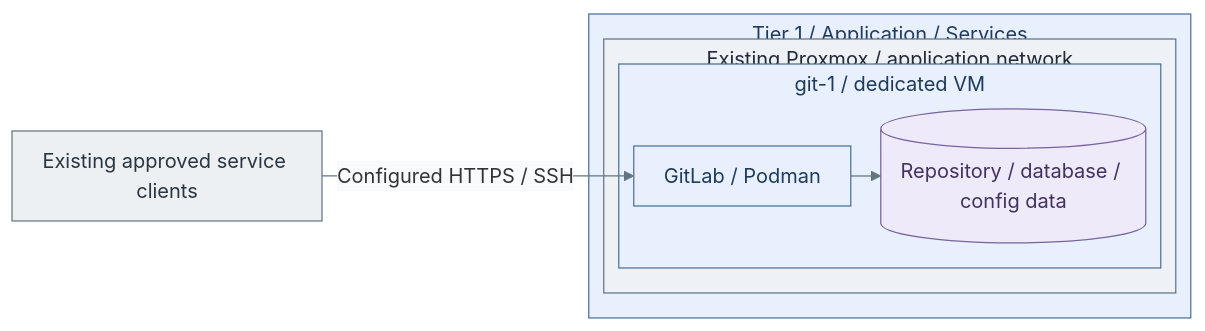
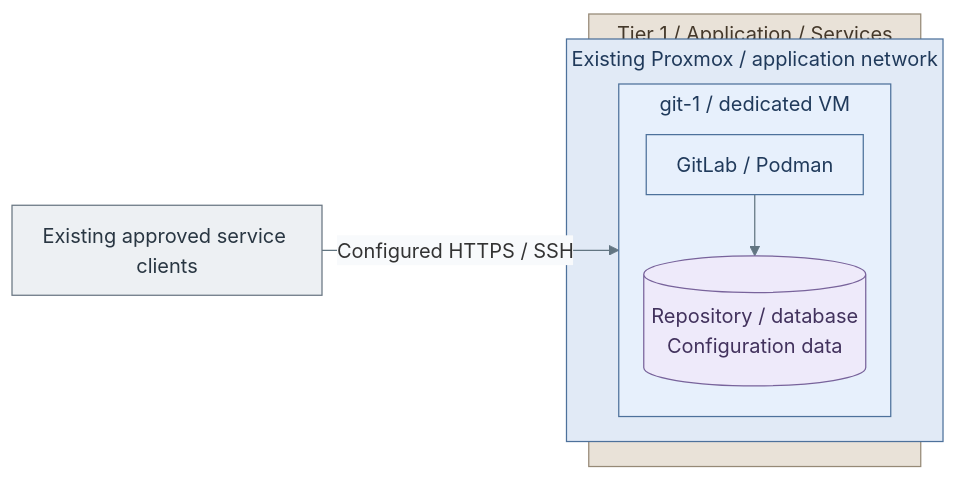
One commit to Rexus/homelab changed the diagram in docs/03-deployment/stage-9-development/step-1b-source-control-vm.md. Above: the diagram before and after it, drawn with Mermaid. The commit also changed 108 other files, not shown here.

Commit message:
docs(diagrams): unify visual language and opening views

````diff
--- a/docs/03-deployment/stage-9-development/step-1b-source-control-vm.md
+++ b/docs/03-deployment/stage-9-development/step-1b-source-control-vm.md
@@ -18,24 +18,28 @@
 ```mermaid
 %%{init: {"theme":"base","flowchart":{"nodeSpacing":20,"rankSpacing":24,"padding":12,"subGraphTitleMargin":{"top":4,"bottom":12}},"themeVariables":{"lineColor":"#627581","edgeLabelBackground":"#f8fafc"}}}%%
 flowchart LR
   Clients["Existing approved service clients"]
   subgraph T1["Tier 1 / Application / Services"]
     subgraph PVE["Existing Proxmox / application network"]
       subgraph VM["git-1 / dedicated VM"]
+        direction TB
         App["GitLab / Podman"]
-        Data[("Repository / database / config data")]
+        Data[("Repository / database<br/>Configuration data")]
         App --> Data
       end
     end
   end
-  Clients -->|Configured HTTPS / SSH| App
+  Clients -->|Configured HTTPS / SSH| VM
   classDef default fill:#f8fafc,stroke:#64748b,color:#1f2937
   classDef boundary fill:#eef2f6,stroke:#64748b,color:#1f2937
   classDef services fill:#e7f0fc,stroke:#4d719b,color:#203a5b
   classDef data fill:#eeeafa,stroke:#78639b,color:#42325d
   classDef actor fill:#edf0f3,stroke:#697682,color:#293642
-  class T1,VM,App services
-  class PVE boundary
+  class VM,App services
   class Data data
   class Clients actor
+  classDef tier1 fill:#e9e2d8,stroke:#968976,color:#44382a
+  class T1 tier1
+  classDef zoneServices fill:#e1eaf6,stroke:#4d719b,color:#203a5b
+  class PVE zoneServices
 ```
````
